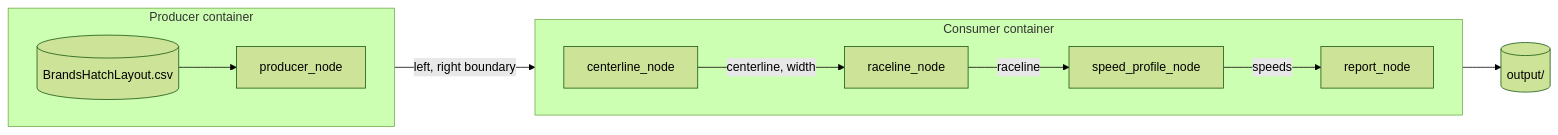
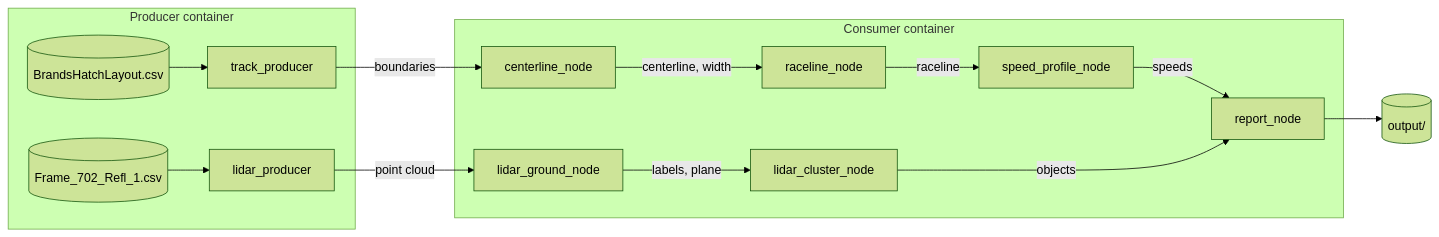
The diagram in README.md (pinhas019/bgr-racing-autonomous-task), drawn with Mermaid (forest theme) before and after one commit. The commit also changed other lines of this file, not shown here.

````diff
--- a/README.md
+++ b/README.md
@@ -68,15 +104,17 @@
 ```mermaid
 flowchart LR
     subgraph PRODUCER ["Producer container"]
-        direction LR
-        CSV[("BrandsHatchLayout.csv")] --> PN["producer_node"]
+        TCSV[("BrandsHatchLayout.csv")] --> TP["track_producer"]
+        LCSV[("Frame_702_Refl_1.csv")] --> LP["lidar_producer"]
     end
     subgraph CONSUMER ["Consumer container"]
-        direction LR
         CL["centerline_node"] -->|"centerline, width"| RL["raceline_node"]
         RL -->|"raceline"| SP["speed_profile_node"]
         SP -->|"speeds"| RP["report_node"]
+        LG["lidar_ground_node"] -->|"labels, plane"| LC["lidar_cluster_node"]
+        LC -->|"objects"| RP
     end
-    PN -->|"left, right boundary"| CL
+    TP -->|"boundaries"| CL
+    LP -->|"point cloud"| LG
     RP --> OUT[("output/")]
 ```
````
